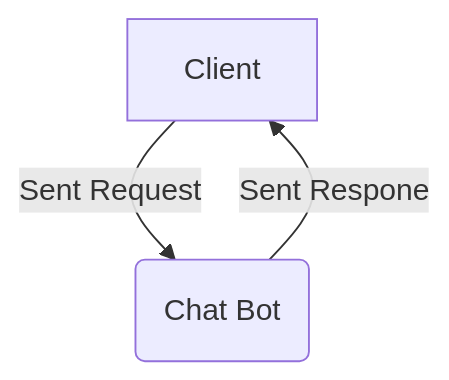
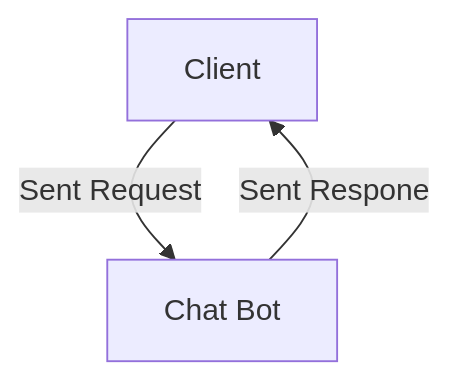
One commit to Cosc310team29/Chatbot changed the first of 2 diagrams in README.md. Above: the diagram before and after it, drawn with Mermaid.

````diff
--- a/README.md
+++ b/README.md
@@ -22,8 +22,8 @@
 ```mermaid
             graph TD
-    A[Client] -->|Sent Request| B(Chat Bot)
+    A[Client] -->|Sent Request| B[Chat Bot]
     B -->|Sent Respone| A
     
     
     
 ```
````
